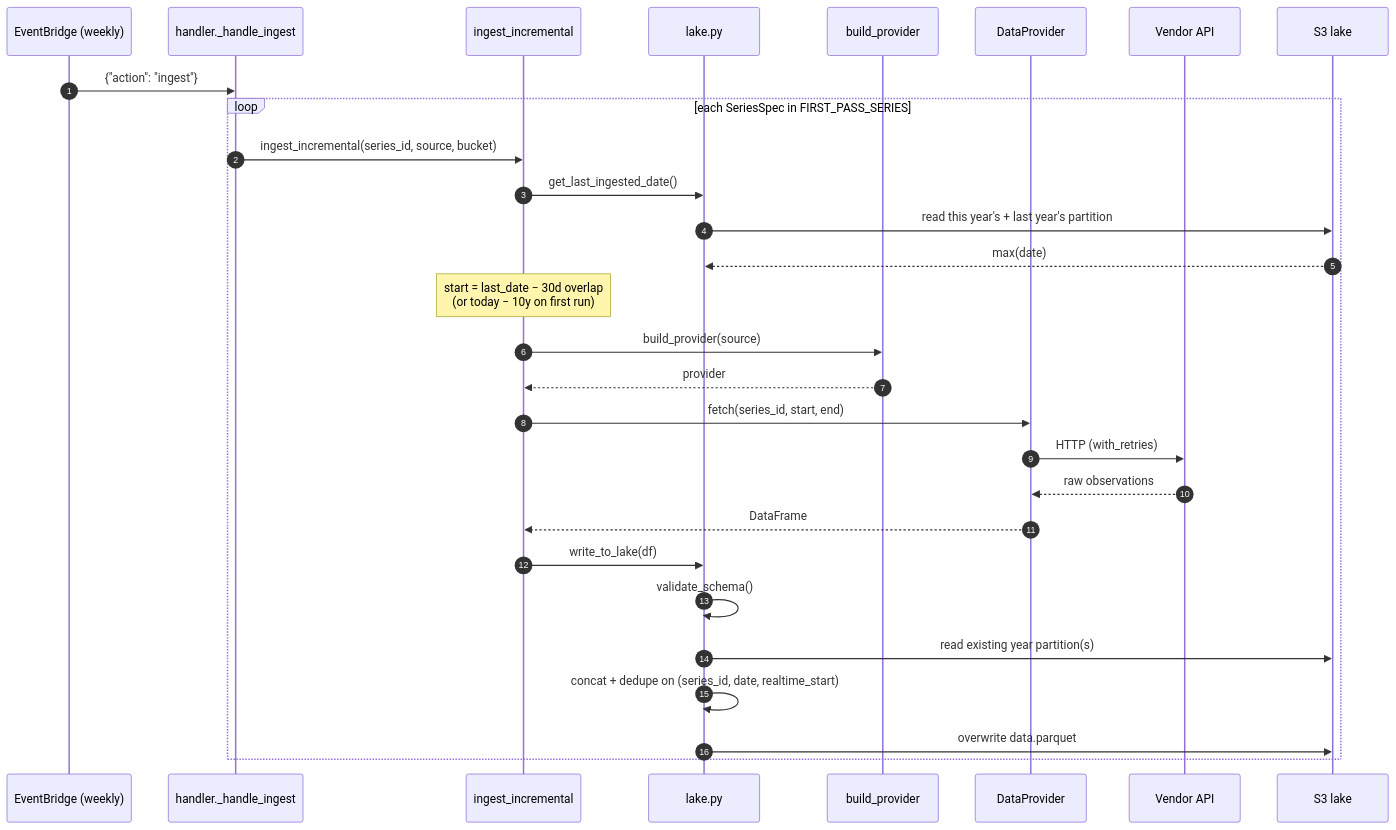
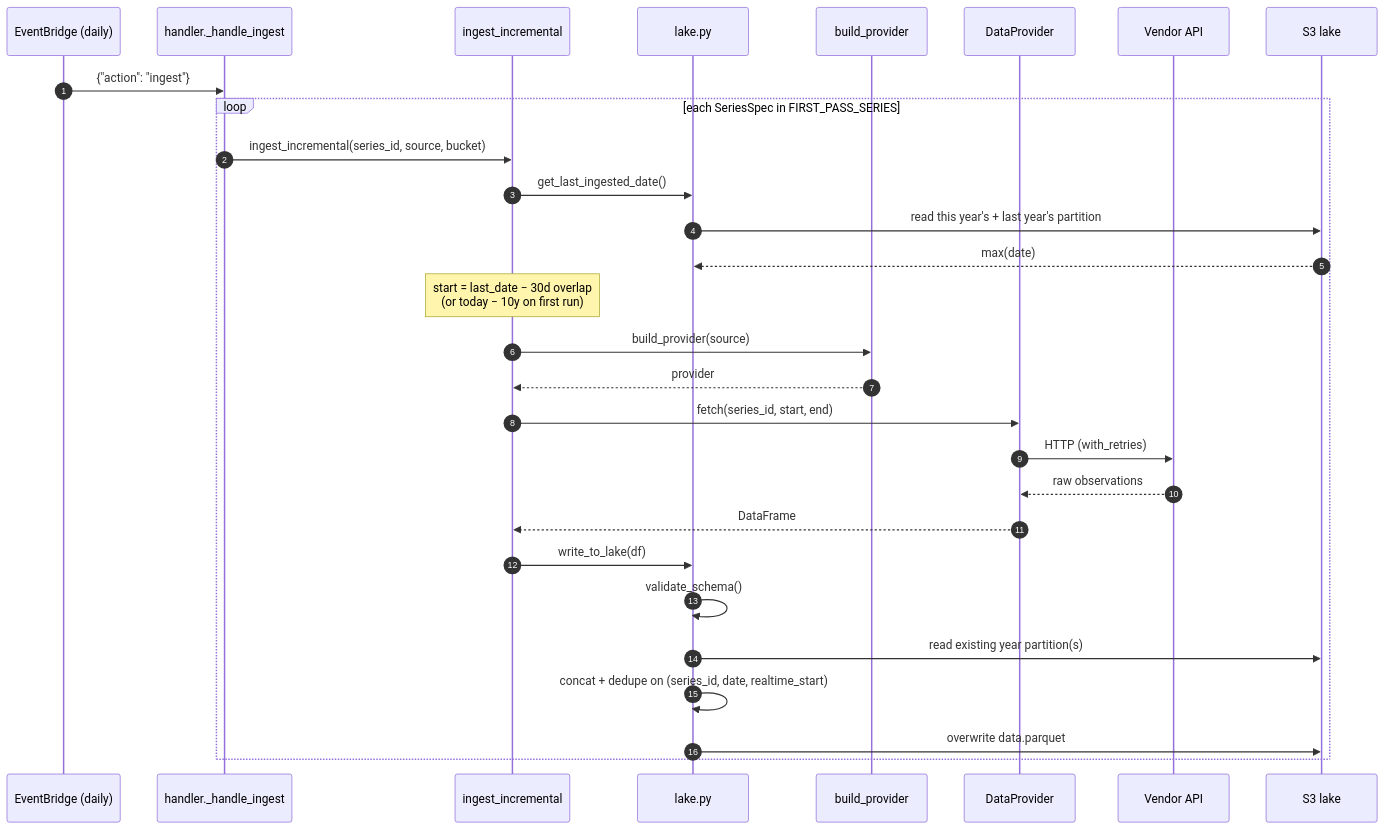
The eighth of 14 diagrams in ARCHITECTURE.md (jyjulianwong/Market-Regime-Detector), drawn with Mermaid before and after one commit. The commit also changed other lines of this file and 6 other files, not shown here.

````diff
--- a/ARCHITECTURE.md
+++ b/ARCHITECTURE.md
@@ -710,32 +710,32 @@
 ```mermaid
 sequenceDiagram
     autonumber
-    participant EB as EventBridge (weekly)
+    participant EB as EventBridge (daily)
     participant H as handler._handle_ingest
     participant I as ingest_incremental
     participant L as lake.py
     participant F as build_provider
     participant P as DataProvider
     participant V as Vendor API
     participant S3 as S3 lake
 
     EB->>H: {"action": "ingest"}
     loop each SeriesSpec in FIRST_PASS_SERIES
         H->>I: ingest_incremental(series_id, source, bucket)
         I->>L: get_last_ingested_date()
         L->>S3: read this year's + last year's partition
         S3-->>L: max(date)
         Note over I: start = last_date − 30d overlap<br/>(or today − 10y on first run)
         I->>F: build_provider(source)
         F-->>I: provider
         I->>P: fetch(series_id, start, end)
         P->>V: HTTP (with_retries)
         V-->>P: raw observations
         P-->>I: DataFrame
         I->>L: write_to_lake(df)
         L->>L: validate_schema()
         L->>S3: read existing year partition(s)
         L->>L: concat + dedupe on (series_id, date, realtime_start)
         L->>S3: overwrite data.parquet
     end
 ```
````
